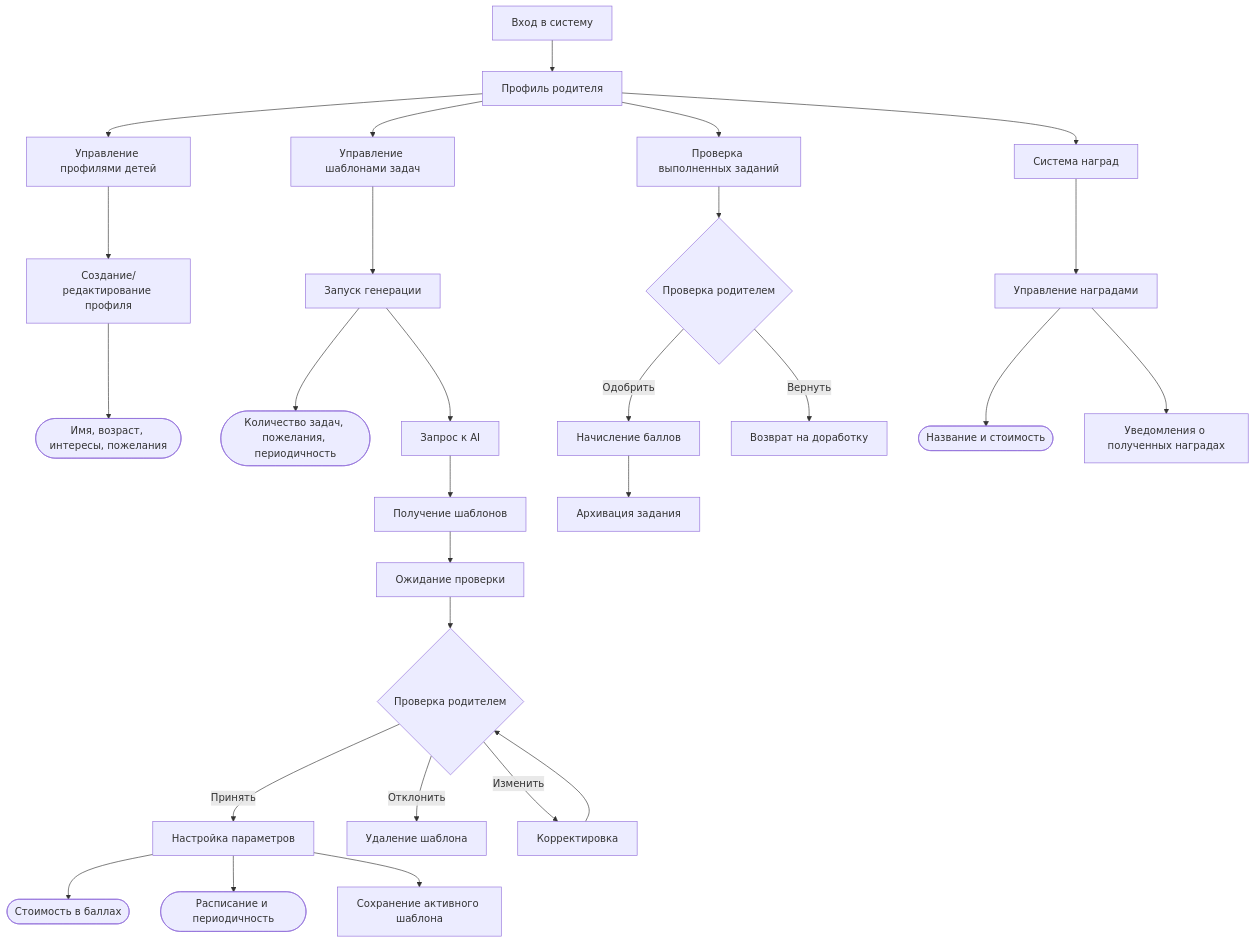
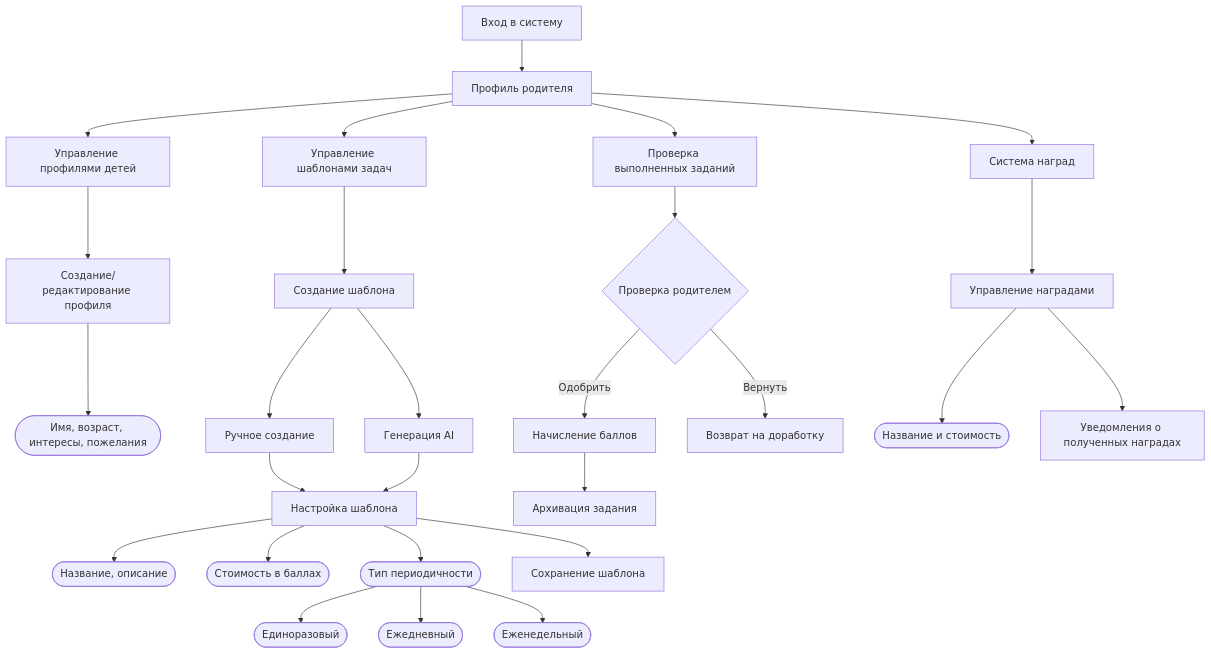
Before and after one commit to kid-tasks-ai/kid-tasks-ai: the diagram in docs/diagrams/parent.mermaid, drawn with Mermaid. The commit also changed 6 other files, not shown here.

```diff
--- a/docs/diagrams/parent.mermaid
+++ b/docs/diagrams/parent.mermaid
@@ -1,38 +1,35 @@
 flowchart TD
     A1[Вход в систему] --> A2[Профиль родителя]
 
     %% Управление профилями детей
     A2 --> B1[Управление профилями детей]
     B1 --> B2[Создание/редактирование профиля]
     B2 --> B3([Имя, возраст, интересы, пожелания])
 
-    %% Процесс генерации и модерации шаблонов
+    %% Шаблоны задач
     A2 --> C1[Управление шаблонами задач]
-    C1 --> C2[Запуск генерации]
-    C2 --> C3([Количество задач, пожелания, периодичность])
-    C2 --> C4[Запрос к AI]
-    C4 --> C5[Получение шаблонов]
-    C5 --> C6[Ожидание проверки]
+    C1 --> C2[Создание шаблона]
+    C2 --> C3[Ручное создание]
+    C2 --> C4[Генерация AI]
 
-    C6 --> C7{Проверка родителем}
-    C7 -->|Принять| C8[Настройка параметров]
-    C7 -->|Отклонить| C9[Удаление шаблона]
-    C7 -->|Изменить| C10[Корректировка]
-    C10 --> C7
-
-    C8 --> C11([Стоимость в баллах])
-    C8 --> C12([Расписание и периодичность])
-    C8 --> C13[Сохранение активного шаблона]
+    C3 & C4 --> C5[Настройка шаблона]
+    C5 --> C6([Название, описание])
+    C5 --> C7([Стоимость в баллах])
+    C5 --> C8([Тип периодичности])
+    C8 --> C8.1([Единоразовый])
+    C8 --> C8.2([Ежедневный])
+    C8 --> C8.3([Еженедельный])
+    C5 --> C9[Сохранение шаблона]
 
     %% Проверка выполненных
     A2 --> D1[Проверка выполненных заданий]
     D1 --> D2{Проверка родителем}
     D2 -->|Одобрить| D3[Начисление баллов]
     D2 -->|Вернуть| D4[Возврат на доработку]
     D3 --> D5[Архивация задания]
 
     %% Система наград
     A2 --> E1[Система наград]
     E1 --> E2[Управление наградами]
     E2 --> E3([Название и стоимость])
     E2 --> E4[Уведомления о полученных наградах]
```
